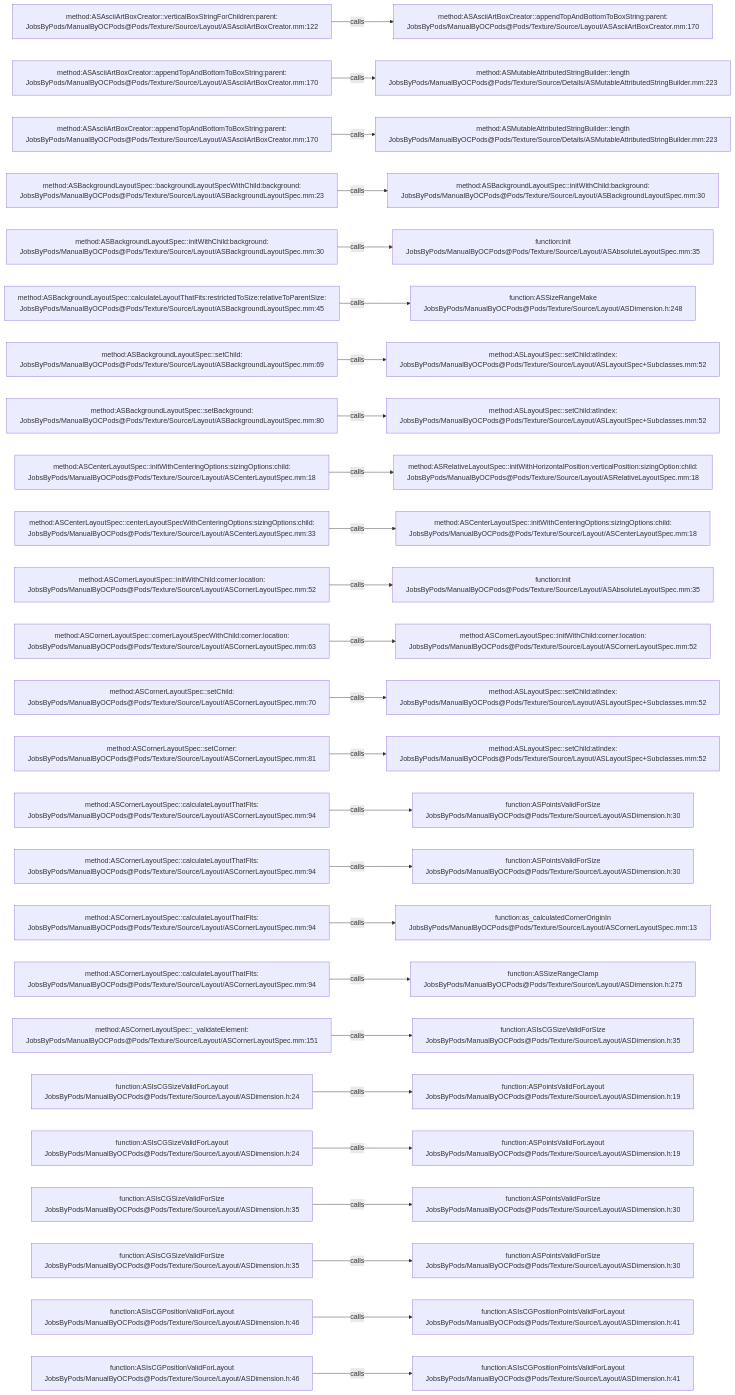
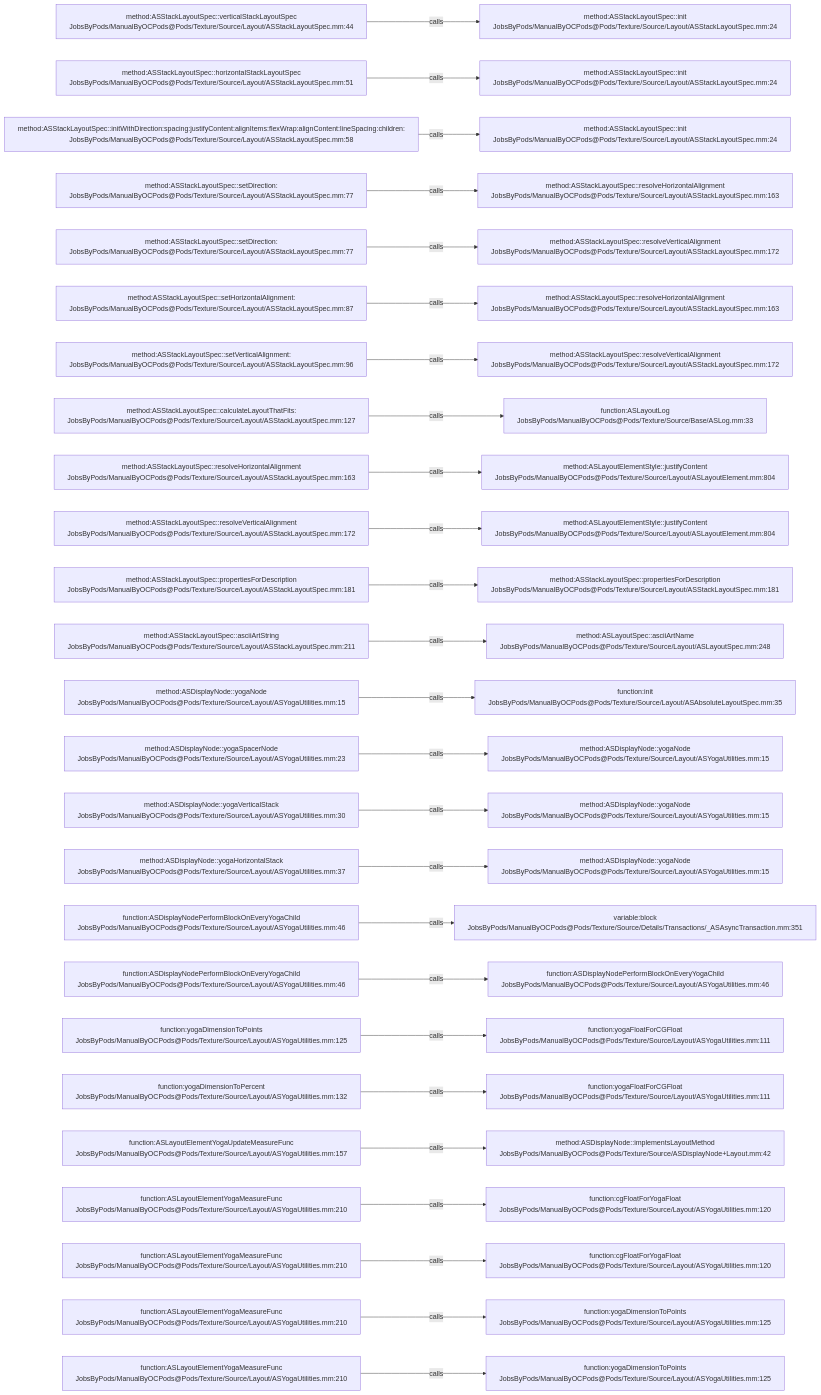
One commit to JobsKits/JobsOCBaseConfigDemo changed the diagram in .codegraph/codegraph.md/graphs/calls-167.md. Above: the diagram before and after it, drawn with Mermaid. The commit also changed 2723 other files, not shown here.

````diff
--- a/.codegraph/codegraph.md/graphs/calls-167.md
+++ b/.codegraph/codegraph.md/graphs/calls-167.md
@@ -13,78 +13,78 @@
 ```mermaid
 flowchart LR
-  S1["method:ASAsciiArtBoxCreator::verticalBoxStringForChildren:parent:<br/>JobsByPods/ManualByOCPods@Pods/Texture/Source/Layout/ASAsciiArtBoxCreator.mm:122"]
-  T1["method:ASAsciiArtBoxCreator::appendTopAndBottomToBoxString:parent:<br/>JobsByPods/ManualByOCPods@Pods/Texture/Source/Layout/ASAsciiArtBoxCreator.mm:170"]
+  S1["method:ASStackLayoutSpec::verticalStackLayoutSpec<br/>JobsByPods/ManualByOCPods@Pods/Texture/Source/Layout/ASStackLayoutSpec.mm:44"]
+  T1["method:ASStackLayoutSpec::init<br/>JobsByPods/ManualByOCPods@Pods/Texture/Source/Layout/ASStackLayoutSpec.mm:24"]
   S1 -->|calls| T1
-  S2["method:ASAsciiArtBoxCreator::appendTopAndBottomToBoxString:parent:<br/>JobsByPods/ManualByOCPods@Pods/Texture/Source/Layout/ASAsciiArtBoxCreator.mm:170"]
-  T2["method:ASMutableAttributedStringBuilder::length<br/>JobsByPods/ManualByOCPods@Pods/Texture/Source/Details/ASMutableAttributedStringBuilder.mm:223"]
+  S2["method:ASStackLayoutSpec::horizontalStackLayoutSpec<br/>JobsByPods/ManualByOCPods@Pods/Texture/Source/Layout/ASStackLayoutSpec.mm:51"]
+  T2["method:ASStackLayoutSpec::init<br/>JobsByPods/ManualByOCPods@Pods/Texture/Source/Layout/ASStackLayoutSpec.mm:24"]
   S2 -->|calls| T2
-  S3["method:ASAsciiArtBoxCreator::appendTopAndBottomToBoxString:parent:<br/>JobsByPods/ManualByOCPods@Pods/Texture/Source/Layout/ASAsciiArtBoxCreator.mm:170"]
-  T3["method:ASMutableAttributedStringBuilder::length<br/>JobsByPods/ManualByOCPods@Pods/Texture/Source/Details/ASMutableAttributedStringBuilder.mm:223"]
+  S3["method:ASStackLayoutSpec::initWithDirection:spacing:justifyContent:alignItems:flexWrap:alignContent:lineSpacing:children:<br/>JobsByPods/ManualByOCPods@Pods/Texture/Source/Layout/ASStackLayoutSpec.mm:58"]
+  T3["method:ASStackLayoutSpec::init<br/>JobsByPods/ManualByOCPods@Pods/Texture/Source/Layout/ASStackLayoutSpec.mm:24"]
   S3 -->|calls| T3
-  S4["method:ASBackgroundLayoutSpec::backgroundLayoutSpecWithChild:background:<br/>JobsByPods/ManualByOCPods@Pods/Texture/Source/Layout/ASBackgroundLayoutSpec.mm:23"]
-  T4["method:ASBackgroundLayoutSpec::initWithChild:background:<br/>JobsByPods/ManualByOCPods@Pods/Texture/Source/Layout/ASBackgroundLayoutSpec.mm:30"]
+  S4["method:ASStackLayoutSpec::setDirection:<br/>JobsByPods/ManualByOCPods@Pods/Texture/Source/Layout/ASStackLayoutSpec.mm:77"]
+  T4["method:ASStackLayoutSpec::resolveHorizontalAlignment<br/>JobsByPods/ManualByOCPods@Pods/Texture/Source/Layout/ASStackLayoutSpec.mm:163"]
   S4 -->|calls| T4
-  S5["method:ASBackgroundLayoutSpec::initWithChild:background:<br/>JobsByPods/ManualByOCPods@Pods/Texture/Source/Layout/ASBackgroundLayoutSpec.mm:30"]
-  T5["function:init<br/>JobsByPods/ManualByOCPods@Pods/Texture/Source/Layout/ASAbsoluteLayoutSpec.mm:35"]
+  S5["method:ASStackLayoutSpec::setDirection:<br/>JobsByPods/ManualByOCPods@Pods/Texture/Source/Layout/ASStackLayoutSpec.mm:77"]
+  T5["method:ASStackLayoutSpec::resolveVerticalAlignment<br/>JobsByPods/ManualByOCPods@Pods/Texture/Source/Layout/ASStackLayoutSpec.mm:172"]
   S5 -->|calls| T5
-  S6["method:ASBackgroundLayoutSpec::calculateLayoutThatFits:restrictedToSize:relativeToParentSize:<br/>JobsByPods/ManualByOCPods@Pods/Texture/Source/Layout/ASBackgroundLayoutSpec.mm:45"]
-  T6["function:ASSizeRangeMake<br/>JobsByPods/ManualByOCPods@Pods/Texture/Source/Layout/ASDimension.h:248"]
+  S6["method:ASStackLayoutSpec::setHorizontalAlignment:<br/>JobsByPods/ManualByOCPods@Pods/Texture/Source/Layout/ASStackLayoutSpec.mm:87"]
+  T6["method:ASStackLayoutSpec::resolveHorizontalAlignment<br/>JobsByPods/ManualByOCPods@Pods/Texture/Source/Layout/ASStackLayoutSpec.mm:163"]
   S6 -->|calls| T6
-  S7["method:ASBackgroundLayoutSpec::setChild:<br/>JobsByPods/ManualByOCPods@Pods/Texture/Source/Layout/ASBackgroundLayoutSpec.mm:69"]
-  T7["method:ASLayoutSpec::setChild:atIndex:<br/>JobsByPods/ManualByOCPods@Pods/Texture/Source/Layout/ASLayoutSpec+Subclasses.mm:52"]
+  S7["method:ASStackLayoutSpec::setVerticalAlignment:<br/>JobsByPods/ManualByOCPods@Pods/Texture/Source/Layout/ASStackLayoutSpec.mm:96"]
+  T7["method:ASStackLayoutSpec::resolveVerticalAlignment<br/>JobsByPods/ManualByOCPods@Pods/Texture/Source/Layout/ASStackLayoutSpec.mm:172"]
   S7 -->|calls| T7
-  S8["method:ASBackgroundLayoutSpec::setBackground:<br/>JobsByPods/ManualByOCPods@Pods/Texture/Source/Layout/ASBackgroundLayoutSpec.mm:80"]
-  T8["method:ASLayoutSpec::setChild:atIndex:<br/>JobsByPods/ManualByOCPods@Pods/Texture/Source/Layout/ASLayoutSpec+Subclasses.mm:52"]
+  S8["method:ASStackLayoutSpec::calculateLayoutThatFits:<br/>JobsByPods/ManualByOCPods@Pods/Texture/Source/Layout/ASStackLayoutSpec.mm:127"]
+  T8["function:ASLayoutLog<br/>JobsByPods/ManualByOCPods@Pods/Texture/Source/Base/ASLog.mm:33"]
   S8 -->|calls| T8
-  S9["method:ASCenterLayoutSpec::initWithCenteringOptions:sizingOptions:child:<br/>JobsByPods/ManualByOCPods@Pods/Texture/Source/Layout/ASCenterLayoutSpec.mm:18"]
-  T9["method:ASRelativeLayoutSpec::initWithHorizontalPosition:verticalPosition:sizingOption:child:<br/>JobsByPods/ManualByOCPods@Pods/Texture/Source/Layout/ASRelativeLayoutSpec.mm:18"]
+  S9["method:ASStackLayoutSpec::resolveHorizontalAlignment<br/>JobsByPods/ManualByOCPods@Pods/Texture/Source/Layout/ASStackLayoutSpec.mm:163"]
+  T9["method:ASLayoutElementStyle::justifyContent<br/>JobsByPods/ManualByOCPods@Pods/Texture/Source/Layout/ASLayoutElement.mm:804"]
   S9 -->|calls| T9
-  S10["method:ASCenterLayoutSpec::centerLayoutSpecWithCenteringOptions:sizingOptions:child:<br/>JobsByPods/ManualByOCPods@Pods/Texture/Source/Layout/ASCenterLayoutSpec.mm:33"]
-  T10["method:ASCenterLayoutSpec::initWithCenteringOptions:sizingOptions:child:<br/>JobsByPods/ManualByOCPods@Pods/Texture/Source/Layout/ASCenterLayoutSpec.mm:18"]
+  S10["method:ASStackLayoutSpec::resolveVerticalAlignment<br/>JobsByPods/ManualByOCPods@Pods/Texture/Source/Layout/ASStackLayoutSpec.mm:172"]
+  T10["method:ASLayoutElementStyle::justifyContent<br/>JobsByPods/ManualByOCPods@Pods/Texture/Source/Layout/ASLayoutElement.mm:804"]
   S10 -->|calls| T10
-  S11["method:ASCornerLayoutSpec::initWithChild:corner:location:<br/>JobsByPods/ManualByOCPods@Pods/Texture/Source/Layout/ASCornerLayoutSpec.mm:52"]
-  T11["function:init<br/>JobsByPods/ManualByOCPods@Pods/Texture/Source/Layout/ASAbsoluteLayoutSpec.mm:35"]
+  S11["method:ASStackLayoutSpec::propertiesForDescription<br/>JobsByPods/ManualByOCPods@Pods/Texture/Source/Layout/ASStackLayoutSpec.mm:181"]
+  T11["method:ASStackLayoutSpec::propertiesForDescription<br/>JobsByPods/ManualByOCPods@Pods/Texture/Source/Layout/ASStackLayoutSpec.mm:181"]
   S11 -->|calls| T11
-  S12["method:ASCornerLayoutSpec::cornerLayoutSpecWithChild:corner:location:<br/>JobsByPods/ManualByOCPods@Pods/Texture/Source/Layout/ASCornerLayoutSpec.mm:63"]
-  T12["method:ASCornerLayoutSpec::initWithChild:corner:location:<br/>JobsByPods/ManualByOCPods@Pods/Texture/Source/Layout/ASCornerLayoutSpec.mm:52"]
+  S12["method:ASStackLayoutSpec::asciiArtString<br/>JobsByPods/ManualByOCPods@Pods/Texture/Source/Layout/ASStackLayoutSpec.mm:211"]
+  T12["method:ASLayoutSpec::asciiArtName<br/>JobsByPods/ManualByOCPods@Pods/Texture/Source/Layout/ASLayoutSpec.mm:248"]
   S12 -->|calls| T12
-  S13["method:ASCornerLayoutSpec::setChild:<br/>JobsByPods/ManualByOCPods@Pods/Texture/Source/Layout/ASCornerLayoutSpec.mm:70"]
-  T13["method:ASLayoutSpec::setChild:atIndex:<br/>JobsByPods/ManualByOCPods@Pods/Texture/Source/Layout/ASLayoutSpec+Subclasses.mm:52"]
+  S13["method:ASDisplayNode::yogaNode<br/>JobsByPods/ManualByOCPods@Pods/Texture/Source/Layout/ASYogaUtilities.mm:15"]
+  T13["function:init<br/>JobsByPods/ManualByOCPods@Pods/Texture/Source/Layout/ASAbsoluteLayoutSpec.mm:35"]
   S13 -->|calls| T13
-  S14["method:ASCornerLayoutSpec::setCorner:<br/>JobsByPods/ManualByOCPods@Pods/Texture/Source/Layout/ASCornerLayoutSpec.mm:81"]
-  T14["method:ASLayoutSpec::setChild:atIndex:<br/>JobsByPods/ManualByOCPods@Pods/Texture/Source/Layout/ASLayoutSpec+Subclasses.mm:52"]
+  S14["method:ASDisplayNode::yogaSpacerNode<br/>JobsByPods/ManualByOCPods@Pods/Texture/Source/Layout/ASYogaUtilities.mm:23"]
+  T14["method:ASDisplayNode::yogaNode<br/>JobsByPods/ManualByOCPods@Pods/Texture/Source/Layout/ASYogaUtilities.mm:15"]
   S14 -->|calls| T14
-  S15["method:ASCornerLayoutSpec::calculateLayoutThatFits:<br/>JobsByPods/ManualByOCPods@Pods/Texture/Source/Layout/ASCornerLayoutSpec.mm:94"]
-  T15["function:ASPointsValidForSize<br/>JobsByPods/ManualByOCPods@Pods/Texture/Source/Layout/ASDimension.h:30"]
+  S15["method:ASDisplayNode::yogaVerticalStack<br/>JobsByPods/ManualByOCPods@Pods/Texture/Source/Layout/ASYogaUtilities.mm:30"]
+  T15["method:ASDisplayNode::yogaNode<br/>JobsByPods/ManualByOCPods@Pods/Texture/Source/Layout/ASYogaUtilities.mm:15"]
   S15 -->|calls| T15
-  S16["method:ASCornerLayoutSpec::calculateLayoutThatFits:<br/>JobsByPods/ManualByOCPods@Pods/Texture/Source/Layout/ASCornerLayoutSpec.mm:94"]
-  T16["function:ASPointsValidForSize<br/>JobsByPods/ManualByOCPods@Pods/Texture/Source/Layout/ASDimension.h:30"]
+  S16["method:ASDisplayNode::yogaHorizontalStack<br/>JobsByPods/ManualByOCPods@Pods/Texture/Source/Layout/ASYogaUtilities.mm:37"]
+  T16["method:ASDisplayNode::yogaNode<br/>JobsByPods/ManualByOCPods@Pods/Texture/Source/Layout/ASYogaUtilities.mm:15"]
   S16 -->|calls| T16
-  S17["method:ASCornerLayoutSpec::calculateLayoutThatFits:<br/>JobsByPods/ManualByOCPods@Pods/Texture/Source/Layout/ASCornerLayoutSpec.mm:94"]
-  T17["function:as_calculatedCornerOriginIn<br/>JobsByPods/ManualByOCPods@Pods/Texture/Source/Layout/ASCornerLayoutSpec.mm:13"]
+  S17["function:ASDisplayNodePerformBlockOnEveryYogaChild<br/>JobsByPods/ManualByOCPods@Pods/Texture/Source/Layout/ASYogaUtilities.mm:46"]
+  T17["variable:block<br/>JobsByPods/ManualByOCPods@Pods/Texture/Source/Details/Transactions/_ASAsyncTransaction.mm:351"]
   S17 -->|calls| T17
-  S18["method:ASCornerLayoutSpec::calculateLayoutThatFits:<br/>JobsByPods/ManualByOCPods@Pods/Texture/Source/Layout/ASCornerLayoutSpec.mm:94"]
-  T18["function:ASSizeRangeClamp<br/>JobsByPods/ManualByOCPods@Pods/Texture/Source/Layout/ASDimension.h:275"]
+  S18["function:ASDisplayNodePerformBlockOnEveryYogaChild<br/>JobsByPods/ManualByOCPods@Pods/Texture/Source/Layout/ASYogaUtilities.mm:46"]
+  T18["function:ASDisplayNodePerformBlockOnEveryYogaChild<br/>JobsByPods/ManualByOCPods@Pods/Texture/Source/Layout/ASYogaUtilities.mm:46"]
   S18 -->|calls| T18
-  S19["method:ASCornerLayoutSpec::_validateElement:<br/>JobsByPods/ManualByOCPods@Pods/Texture/Source/Layout/ASCornerLayoutSpec.mm:151"]
-  T19["function:ASIsCGSizeValidForSize<br/>JobsByPods/ManualByOCPods@Pods/Texture/Source/Layout/ASDimension.h:35"]
+  S19["function:yogaDimensionToPoints<br/>JobsByPods/ManualByOCPods@Pods/Texture/Source/Layout/ASYogaUtilities.mm:125"]
+  T19["function:yogaFloatForCGFloat<br/>JobsByPods/ManualByOCPods@Pods/Texture/Source/Layout/ASYogaUtilities.mm:111"]
   S19 -->|calls| T19
-  S20["function:ASIsCGSizeValidForLayout<br/>JobsByPods/ManualByOCPods@Pods/Texture/Source/Layout/ASDimension.h:24"]
-  T20["function:ASPointsValidForLayout<br/>JobsByPods/ManualByOCPods@Pods/Texture/Source/Layout/ASDimension.h:19"]
+  S20["function:yogaDimensionToPercent<br/>JobsByPods/ManualByOCPods@Pods/Texture/Source/Layout/ASYogaUtilities.mm:132"]
+  T20["function:yogaFloatForCGFloat<br/>JobsByPods/ManualByOCPods@Pods/Texture/Source/Layout/ASYogaUtilities.mm:111"]
   S20 -->|calls| T20
-  S21["function:ASIsCGSizeValidForLayout<br/>JobsByPods/ManualByOCPods@Pods/Texture/Source/Layout/ASDimension.h:24"]
-  T21["function:ASPointsValidForLayout<br/>JobsByPods/ManualByOCPods@Pods/Texture/Source/Layout/ASDimension.h:19"]
+  S21["function:ASLayoutElementYogaUpdateMeasureFunc<br/>JobsByPods/ManualByOCPods@Pods/Texture/Source/Layout/ASYogaUtilities.mm:157"]
+  T21["method:ASDisplayNode::implementsLayoutMethod<br/>JobsByPods/ManualByOCPods@Pods/Texture/Source/ASDisplayNode+Layout.mm:42"]
   S21 -->|calls| T21
-  S22["function:ASIsCGSizeValidForSize<br/>JobsByPods/ManualByOCPods@Pods/Texture/Source/Layout/ASDimension.h:35"]
-  T22["function:ASPointsValidForSize<br/>JobsByPods/ManualByOCPods@Pods/Texture/Source/Layout/ASDimension.h:30"]
+  S22["function:ASLayoutElementYogaMeasureFunc<br/>JobsByPods/ManualByOCPods@Pods/Texture/Source/Layout/ASYogaUtilities.mm:210"]
+  T22["function:cgFloatForYogaFloat<br/>JobsByPods/ManualByOCPods@Pods/Texture/Source/Layout/ASYogaUtilities.mm:120"]
   S22 -->|calls| T22
-  S23["function:ASIsCGSizeValidForSize<br/>JobsByPods/ManualByOCPods@Pods/Texture/Source/Layout/ASDimension.h:35"]
-  T23["function:ASPointsValidForSize<br/>JobsByPods/ManualByOCPods@Pods/Texture/Source/Layout/ASDimension.h:30"]
+  S23["function:ASLayoutElementYogaMeasureFunc<br/>JobsByPods/ManualByOCPods@Pods/Texture/Source/Layout/ASYogaUtilities.mm:210"]
+  T23["function:cgFloatForYogaFloat<br/>JobsByPods/ManualByOCPods@Pods/Texture/Source/Layout/ASYogaUtilities.mm:120"]
   S23 -->|calls| T23
-  S24["function:ASIsCGPositionValidForLayout<br/>JobsByPods/ManualByOCPods@Pods/Texture/Source/Layout/ASDimension.h:46"]
-  T24["function:ASIsCGPositionPointsValidForLayout<br/>JobsByPods/ManualByOCPods@Pods/Texture/Source/Layout/ASDimension.h:41"]
+  S24["function:ASLayoutElementYogaMeasureFunc<br/>JobsByPods/ManualByOCPods@Pods/Texture/Source/Layout/ASYogaUtilities.mm:210"]
+  T24["function:yogaDimensionToPoints<br/>JobsByPods/ManualByOCPods@Pods/Texture/Source/Layout/ASYogaUtilities.mm:125"]
   S24 -->|calls| T24
-  S25["function:ASIsCGPositionValidForLayout<br/>JobsByPods/ManualByOCPods@Pods/Texture/Source/Layout/ASDimension.h:46"]
-  T25["function:ASIsCGPositionPointsValidForLayout<br/>JobsByPods/ManualByOCPods@Pods/Texture/Source/Layout/ASDimension.h:41"]
+  S25["function:ASLayoutElementYogaMeasureFunc<br/>JobsByPods/ManualByOCPods@Pods/Texture/Source/Layout/ASYogaUtilities.mm:210"]
+  T25["function:yogaDimensionToPoints<br/>JobsByPods/ManualByOCPods@Pods/Texture/Source/Layout/ASYogaUtilities.mm:125"]
   S25 -->|calls| T25
 ```
````
